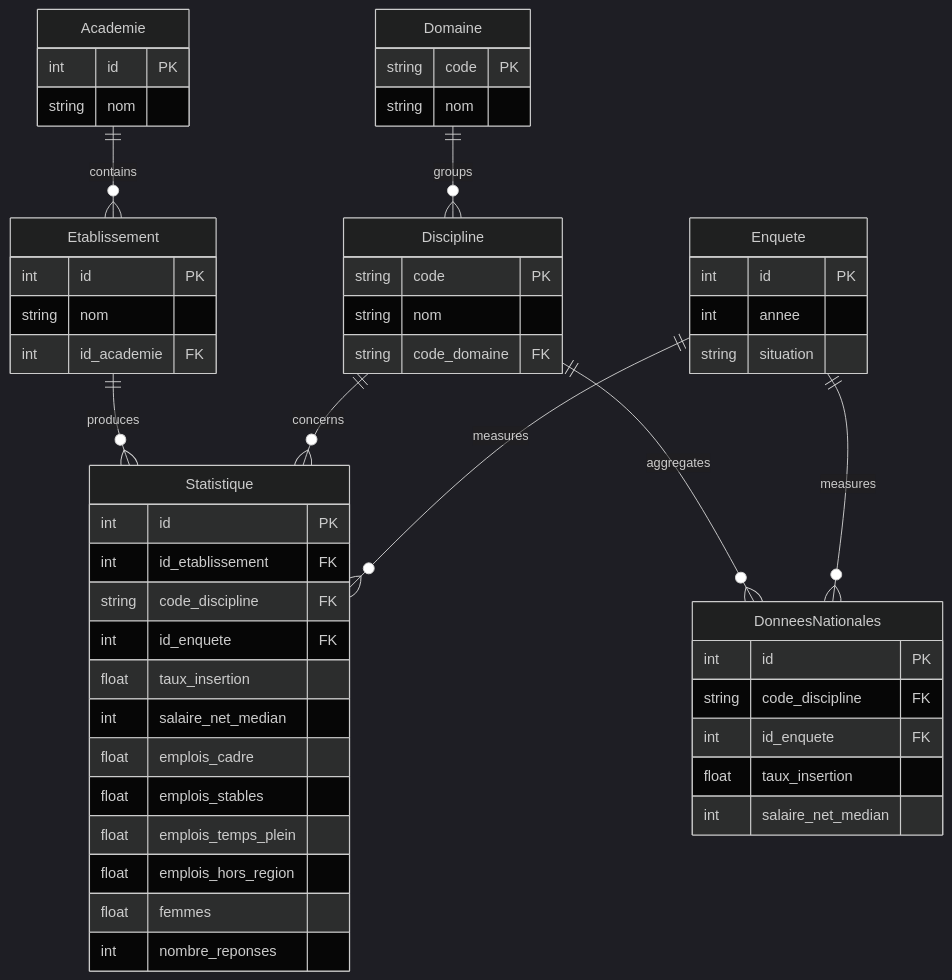
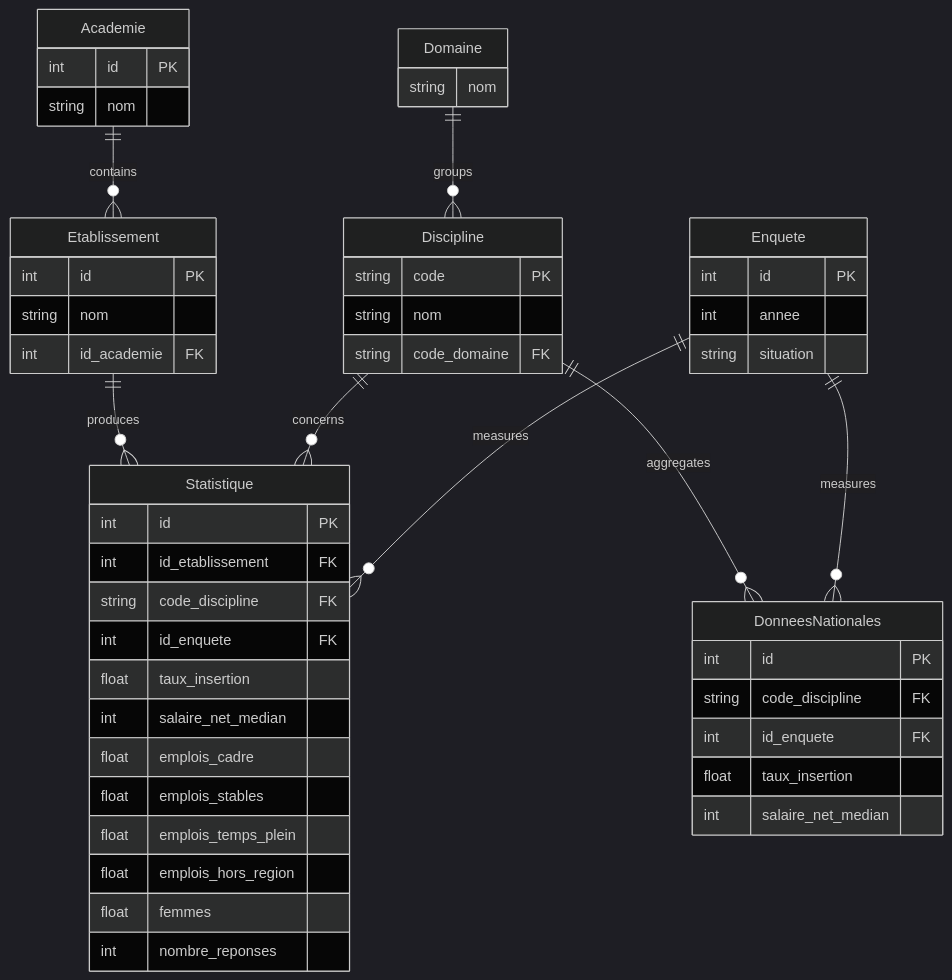
Before and after one commit to Toufik98/prodataviz: the first of 2 diagrams in docs/architecture.md, drawn with Mermaid (dark theme). The commit also changed 14 other files, not shown here.

````diff
--- a/docs/architecture.md
+++ b/docs/architecture.md
@@ -9,61 +9,60 @@
 ```mermaid
 erDiagram
     Academie {
         int id PK
         string nom
     }
     
     Etablissement {
         int id PK
         string nom
         int id_academie FK
     }
     
-    Domaine {
-        string code PK
+    Domaine { 
         string nom
     }
     
     Discipline {
         string code PK
         string nom
         string code_domaine FK
     }
     
     Enquete {
         int id PK
         int annee
         string situation
     }
     
     Statistique {
         int id PK
         int id_etablissement FK
         string code_discipline FK
         int id_enquete FK
         float taux_insertion
         int salaire_net_median
         float emplois_cadre
         float emplois_stables
         float emplois_temps_plein
         float emplois_hors_region
         float femmes
         int nombre_reponses
     }
     
     DonneesNationales {
         int id PK
         string code_discipline FK
         int id_enquete FK
         float taux_insertion
         int salaire_net_median
     }
 
     Academie ||--o{ Etablissement : "contains"
     Domaine ||--o{ Discipline : "groups"
     Etablissement ||--o{ Statistique : "produces"
     Discipline ||--o{ Statistique : "concerns"
     Enquete ||--o{ Statistique : "measures"
     Discipline ||--o{ DonneesNationales : "aggregates"
     Enquete ||--o{ DonneesNationales : "measures"
 ```
````
